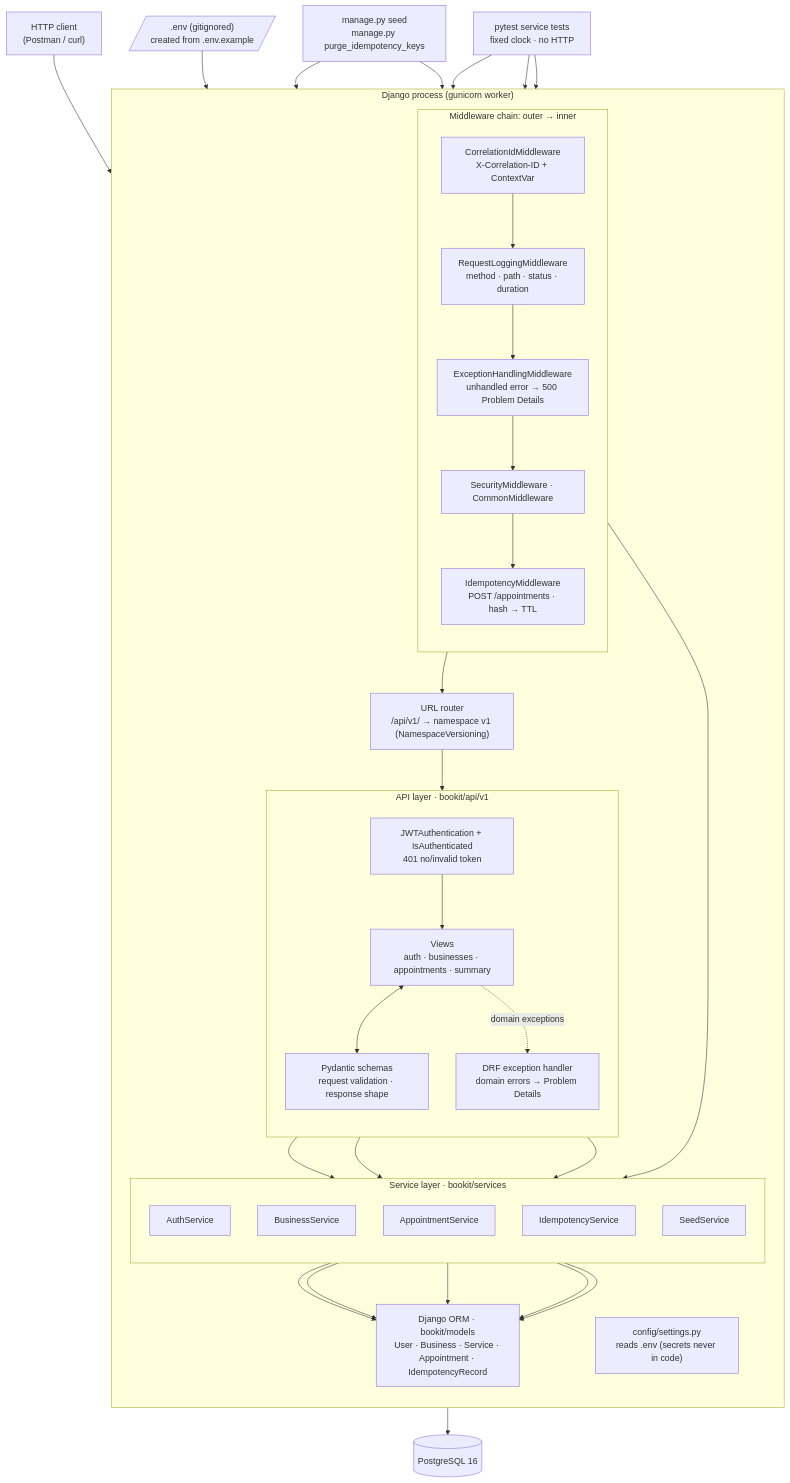
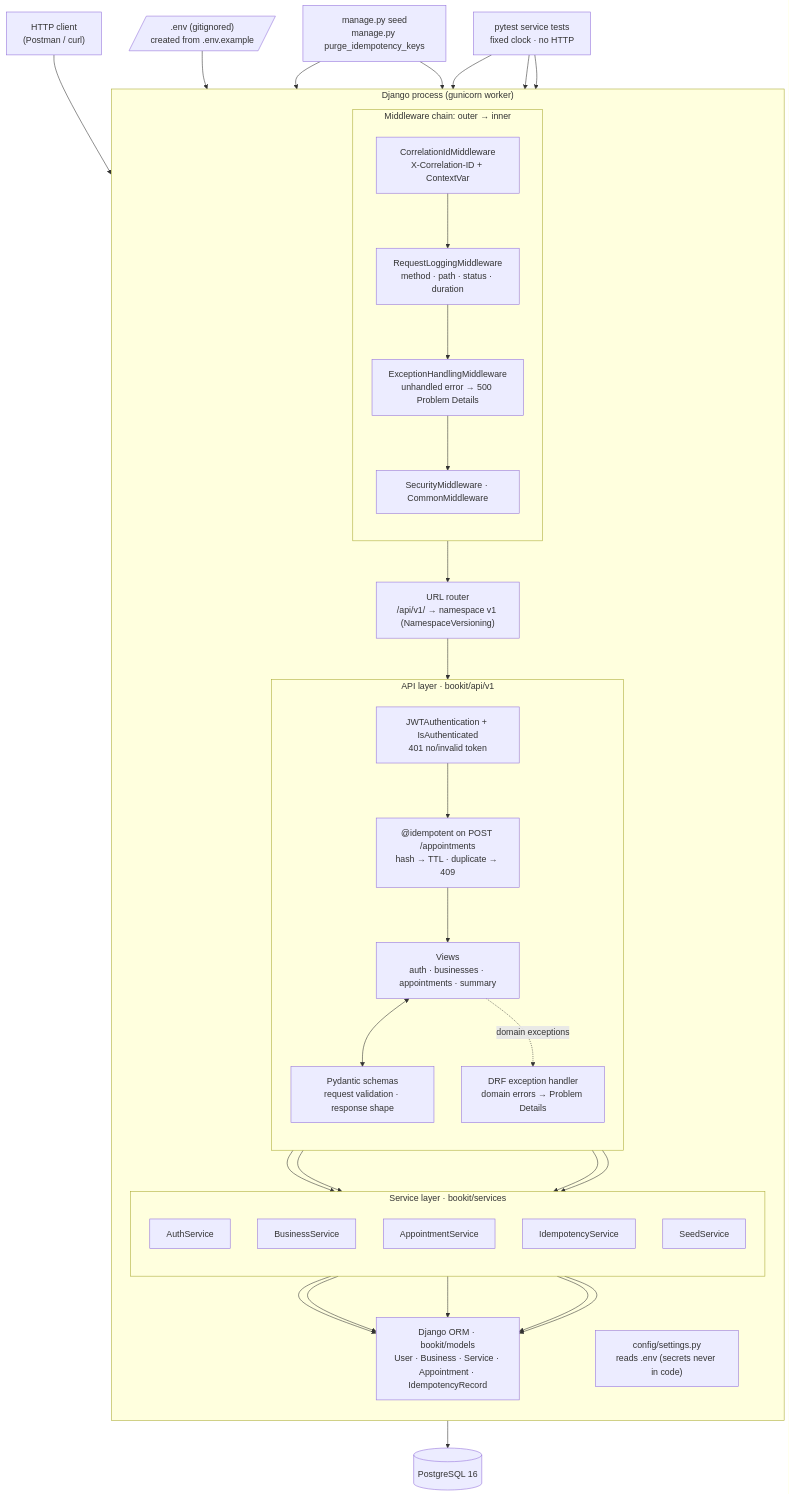
Before and after one commit to YonatanHen/BookItAPI: the first of 3 diagrams in docs/architecture.md, drawn with Mermaid. The commit also changed other lines of this file and 15 other files, not shown here.

Commit message:
feat(idempotency): reject duplicate bookings with an @idempotent DRF decorator, DB-backed hash TTL and purge

````diff
--- a/docs/architecture.md
+++ b/docs/architecture.md
@@ -5,65 +5,65 @@
 ```mermaid
 flowchart TB
     client["HTTP client<br/>(Postman / curl)"]
 
     subgraph proc["Django process (gunicorn worker)"]
         direction TB
         subgraph mw["Middleware chain: outer → inner"]
             direction TB
             m1["CorrelationIdMiddleware<br/>X-Correlation-ID + ContextVar"]
             m2["RequestLoggingMiddleware<br/>method · path · status · duration"]
             m3["ExceptionHandlingMiddleware<br/>unhandled error → 500 Problem Details"]
             m4["SecurityMiddleware · CommonMiddleware"]
-            m5["IdempotencyMiddleware<br/>POST /appointments · hash → TTL"]
-            m1 --> m2 --> m3 --> m4 --> m5
+            m1 --> m2 --> m3 --> m4
         end
 
         router["URL router<br/>/api/v1/ → namespace v1 (NamespaceVersioning)"]
 
         subgraph api["API layer · bookit/api/v1"]
             direction TB
             authn["JWTAuthentication + IsAuthenticated<br/>401 no/invalid token"]
+            idem["@idempotent on POST /appointments<br/>hash → TTL · duplicate → 409"]
             views["Views<br/>auth · businesses · appointments · summary"]
             schemas["Pydantic schemas<br/>request validation · response shape"]
             handler["DRF exception handler<br/>domain errors → Problem Details"]
         end
 
         subgraph services["Service layer · bookit/services"]
             direction TB
             s1["AuthService"]
             s2["BusinessService"]
             s3["AppointmentService"]
             s4["IdempotencyService"]
             s5["SeedService"]
         end
 
         orm["Django ORM · bookit/models<br/>User · Business · Service · Appointment · IdempotencyRecord"]
         cfg["config/settings.py<br/>reads .env (secrets never in code)"]
     end
 
     db[("PostgreSQL 16")]
     envfile[/".env (gitignored)<br/>created from .env.example"/]
     cli["manage.py seed<br/>manage.py purge_idempotency_keys"]
     tests["pytest service tests<br/>fixed clock · no HTTP"]
 
     client --> m1
-    m5 --> router --> authn --> views
+    m4 --> router --> authn --> idem --> views
     views <--> schemas
     views --> s1
     views --> s2
     views --> s3
-    m5 --> s4
+    idem --> s4
     views -. "domain exceptions" .-> handler
     s1 --> orm
     s2 --> orm
     s3 --> orm
     s4 --> orm
     s5 --> orm
     orm --> db
     envfile --> cfg
     cli --> s5
     cli --> s4
     tests --> s3
     tests --> s2
     tests --> s1
 ```
````
